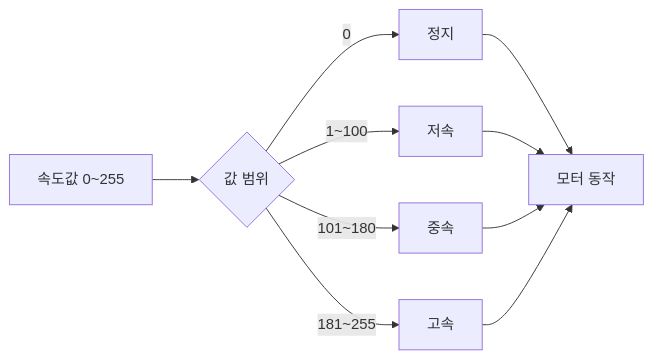
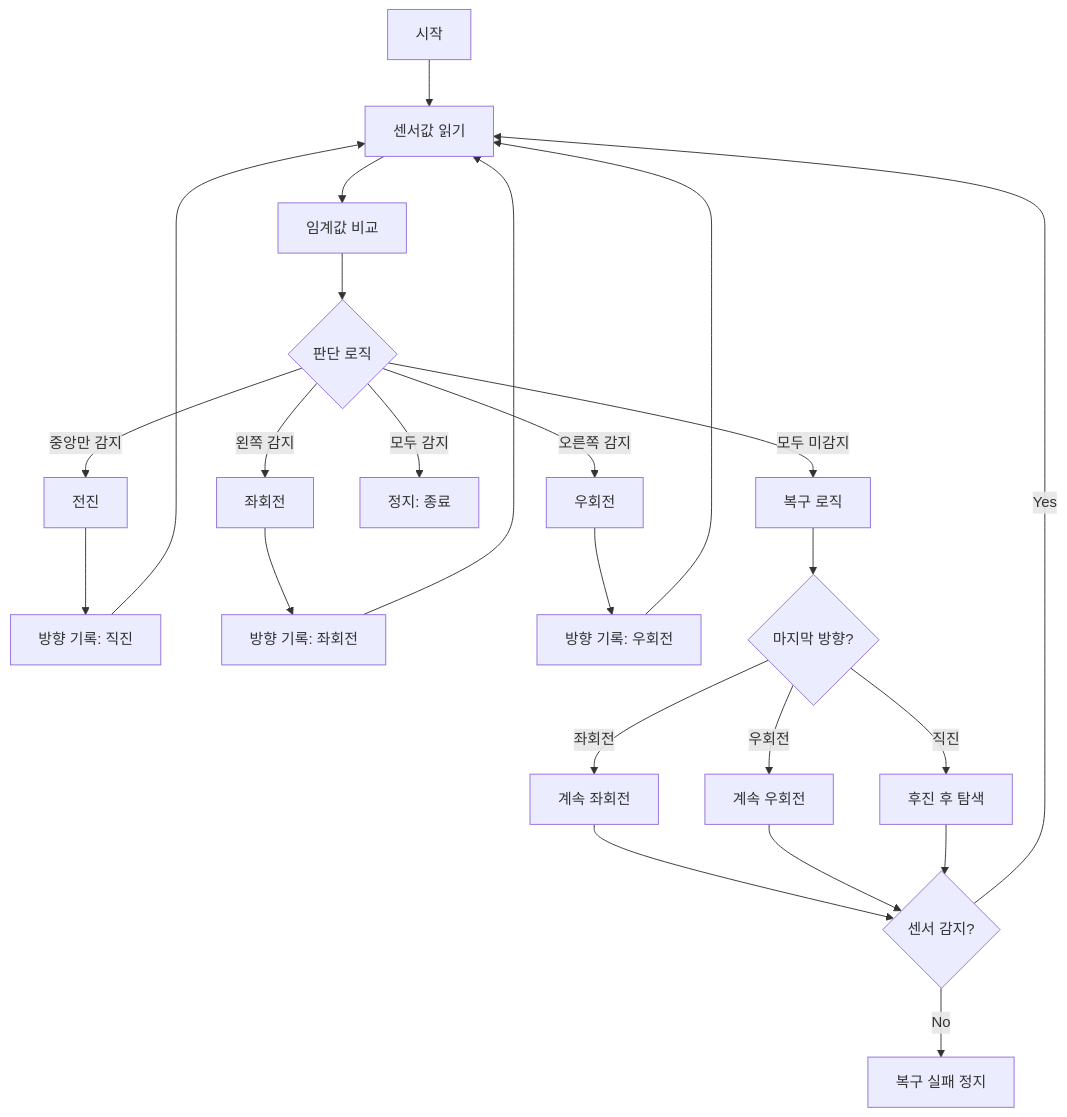
The seventh of 20 diagrams in document/algorithms_flowchart.md (Collegenie-X/Arduino_AutoPlot), drawn with Mermaid before and after one commit. The commit also changed other lines of this file and 3 other files, not shown here.

````diff
--- a/document/algorithms_flowchart.md
+++ b/document/algorithms_flowchart.md
@@ -153,13 +186,31 @@
 ```mermaid
-flowchart LR
-    A[속도값 0~255] --> B{값 범위}
-    B -->|0| C[정지]
-    B -->|1~100| D[저속]
-    B -->|101~180| E[중속]
-    B -->|181~255| F[고속]
+flowchart TD
+    A[시작] --> B[센서값 읽기]
+    B --> C[임계값 비교]
+    C --> D{판단 로직}
     
-    C --> G[모터 동작]
-    D --> G
-    E --> G
-    F --> G
+    D -->|중앙만 감지| E[전진]
+    D -->|왼쪽 감지| F[좌회전]
+    D -->|오른쪽 감지| G[우회전]
+    D -->|모두 감지| H[정지: 종료]
+    D -->|모두 미감지| I[복구 로직]
+    
+    E --> J[방향 기록: 직진]
+    F --> K[방향 기록: 좌회전]
+    G --> L[방향 기록: 우회전]
+    
+    J --> B
+    K --> B
+    L --> B
+    
+    I --> M{마지막 방향?}
+    M -->|좌회전| N[계속 좌회전]
+    M -->|우회전| O[계속 우회전]
+    M -->|직진| P[후진 후 탐색]
+    
+    N --> Q{센서 감지?}
+    O --> Q
+    P --> Q
+    Q -->|Yes| B
+    Q -->|No| R[복구 실패 정지]
 ```
````
